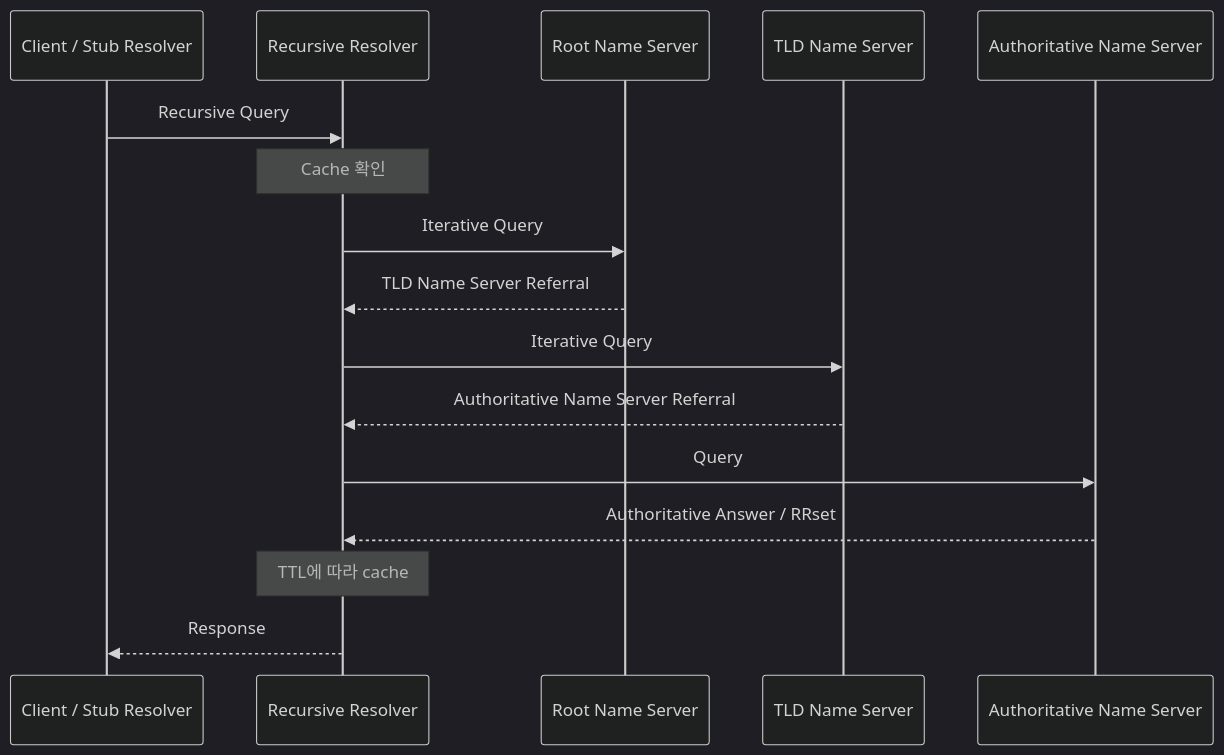
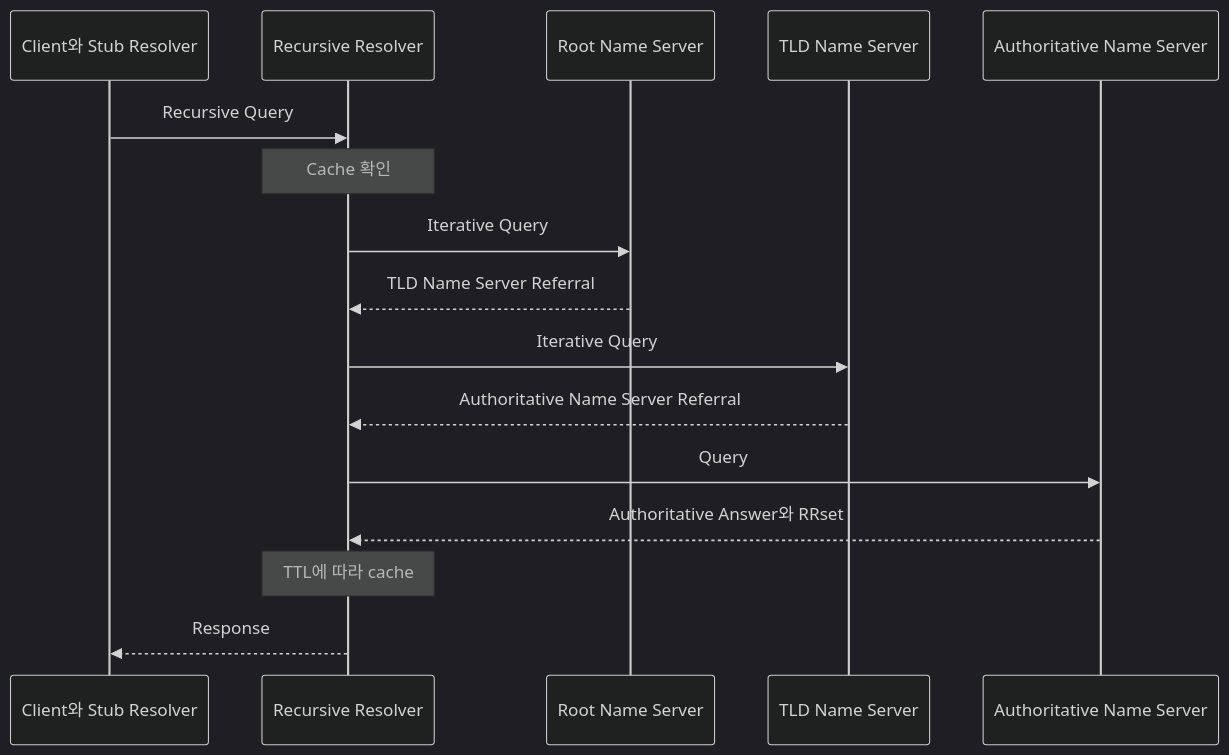
The first of 2 diagrams in content/03_Resource/04_network/05_dns_https_proxy_lb.md (yelm-212/yelm-quartz), drawn with Mermaid (dark theme) before and after one commit. The commit also changed other lines of this file and 28 other files, not shown here.

````diff
--- a/content/03_Resource/04_network/05_dns_https_proxy_lb.md
+++ b/content/03_Resource/04_network/05_dns_https_proxy_lb.md
@@ -140,19 +140,19 @@
 ```mermaid
 sequenceDiagram
-    participant C as Client / Stub Resolver
+    participant C as Client와 Stub Resolver
     participant R as Recursive Resolver
     participant Root as Root Name Server
     participant TLD as TLD Name Server
     participant A as Authoritative Name Server
 
     C->>R: Recursive Query
     Note over R: Cache 확인
     R->>Root: Iterative Query
     Root-->>R: TLD Name Server Referral
     R->>TLD: Iterative Query
     TLD-->>R: Authoritative Name Server Referral
     R->>A: Query
-    A-->>R: Authoritative Answer / RRset
+    A-->>R: Authoritative Answer와 RRset
     Note over R: TTL에 따라 cache
     R-->>C: Response
 ```
````
